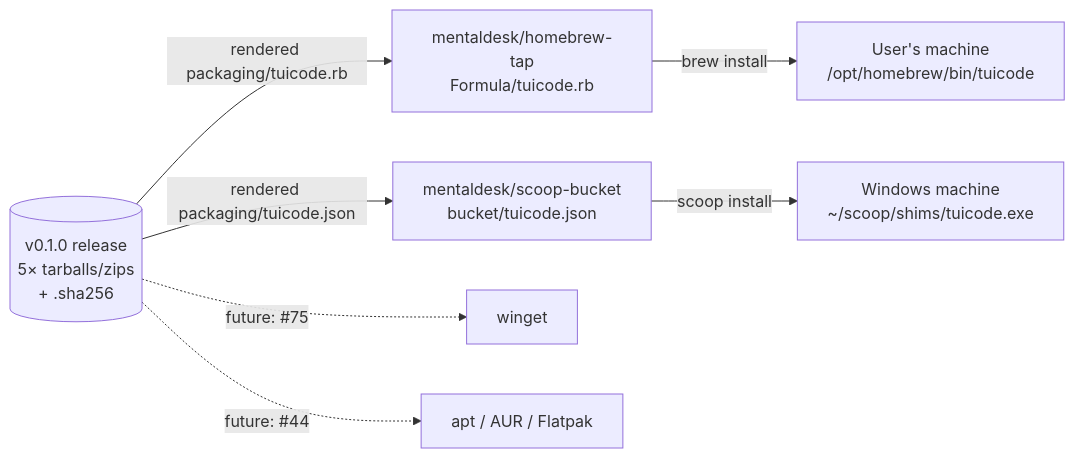
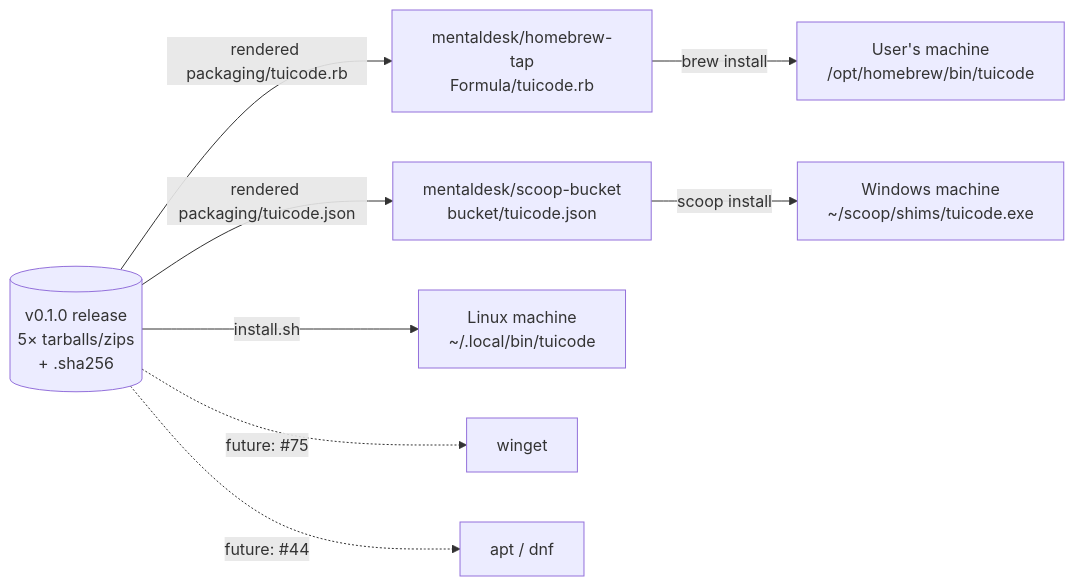
One commit to mentaldesk/TuiCode changed the second of 2 diagrams in CONTRIBUTING.md. Above: the diagram before and after it, drawn with Mermaid. The commit also changed 5 other files, not shown here.

First line of the commit message:
Install or update TuiCode on Linux with one line

````diff
--- a/CONTRIBUTING.md
+++ b/CONTRIBUTING.md
@@ -78,12 +78,14 @@
 ```mermaid
 flowchart LR
     Release[("v0.1.0 release<br/>5× tarballs/zips<br/>+ .sha256")]
     Release -->|"rendered packaging/tuicode.rb"| Tap["mentaldesk/homebrew-tap<br/>Formula/tuicode.rb"]
     Tap -->|brew install| User["User's machine<br/>/opt/homebrew/bin/tuicode"]
 
     Release -->|"rendered packaging/tuicode.json"| Bucket["mentaldesk/scoop-bucket<br/>bucket/tuicode.json"]
     Bucket -->|scoop install| Win["Windows machine<br/>~/scoop/shims/tuicode.exe"]
 
+    Release -->|install.sh| Script["Linux machine<br/>~/.local/bin/tuicode"]
+
     Release -.->|future: #75| Winget["winget"]
-    Release -.->|future: #44| Linux["apt / AUR / Flatpak"]
+    Release -.->|future: #44| Linux["apt / dnf"]
 ```
````
